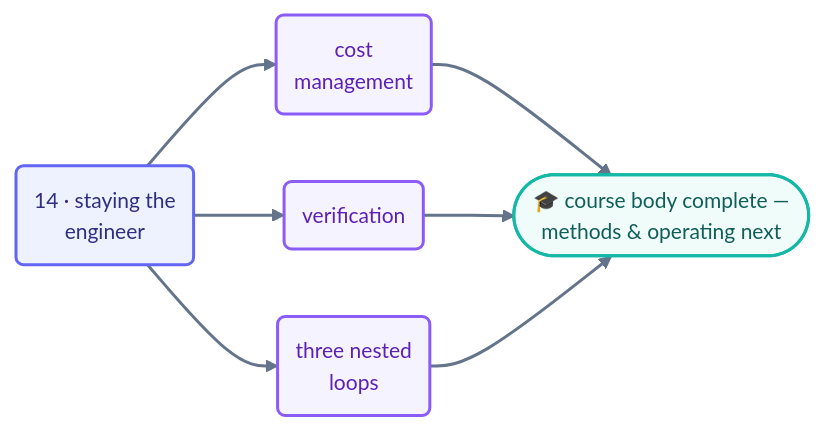
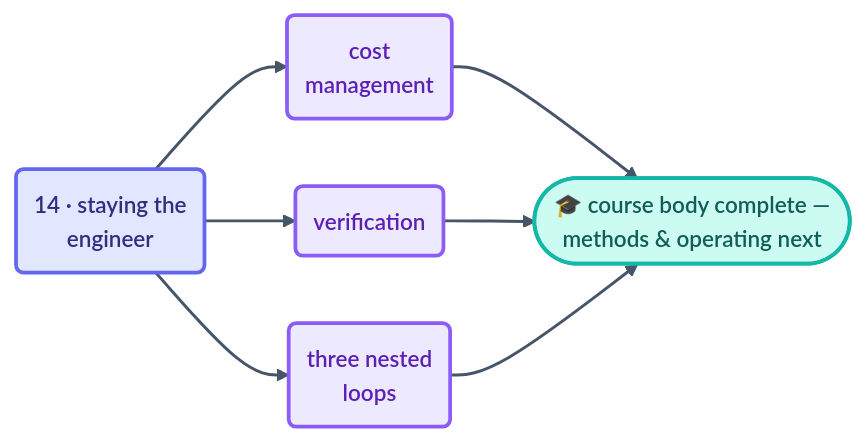
One commit to ayeshakhalid192007-dev/LoopEngineering-CrashCourse changed the diagram in docs/08-part-6-human-control/README.md. Above: the diagram before and after it, drawn with Mermaid. The commit also changed 66 other files, not shown here.

First line of the commit message:
docs(diagrams): visibly bolder pass — deeper fills, heavier strokes, semibold labels

````diff
--- a/docs/08-part-6-human-control/README.md
+++ b/docs/08-part-6-human-control/README.md
@@ -16,12 +16,12 @@
 ```mermaid
-%%{init: {'theme':'base','themeVariables':{'fontFamily':'ui-sans-serif, system-ui, sans-serif','fontSize':'14px','lineColor':'#64748b','edgeLabelBackground':'#f8fafc'},'flowchart':{'curve':'basis','nodeSpacing':45,'rankSpacing':55,'padding':12}}}%%
+%%{init: {'theme':'base','themeVariables':{'fontFamily':'ui-sans-serif, system-ui, sans-serif','fontSize':'15px','lineColor':'#475569','edgeLabelBackground':'#f8fafc'},'flowchart':{'curve':'basis','nodeSpacing':45,'rankSpacing':55,'padding':12}}}%%
 flowchart LR
     S14("14 · staying the<br/>engineer"):::step --> C("cost<br/>management"):::pillar
     S14 --> V("verification"):::pillar
     S14 --> N("three nested<br/>loops"):::pillar
     C & V & N --> DONE(["🎓 course body complete —<br/>methods & operating next"]):::win
-    linkStyle default stroke:#64748b,stroke-width:2px;
-    classDef step fill:#eef2ff,stroke:#6366f1,stroke-width:2px,color:#312e81;
-    classDef pillar fill:#f5f3ff,stroke:#8b5cf6,stroke-width:2px,color:#5b21b6;
-    classDef win fill:#effcf9,stroke:#14b8a6,stroke-width:2px,color:#115e59;
+    linkStyle default stroke:#475569,stroke-width:2px;
+    classDef step fill:#e0e7ff,stroke:#6366f1,stroke-width:2.5px,color:#312e81,font-weight:600;
+    classDef pillar fill:#ede9fe,stroke:#8b5cf6,stroke-width:2.5px,color:#5b21b6,font-weight:600;
+    classDef win fill:#ccfbf1,stroke:#14b8a6,stroke-width:2.5px,color:#115e59,font-weight:600;
 ```
````
